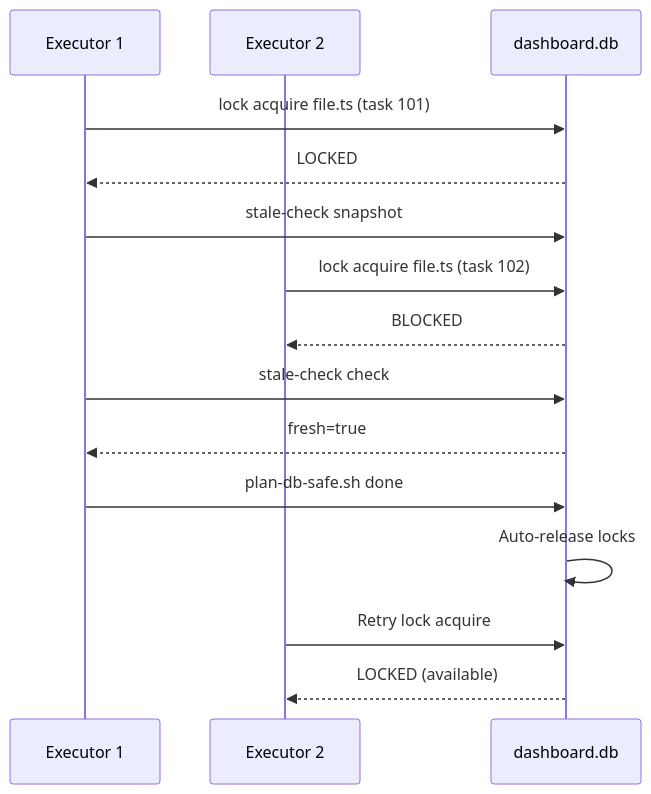
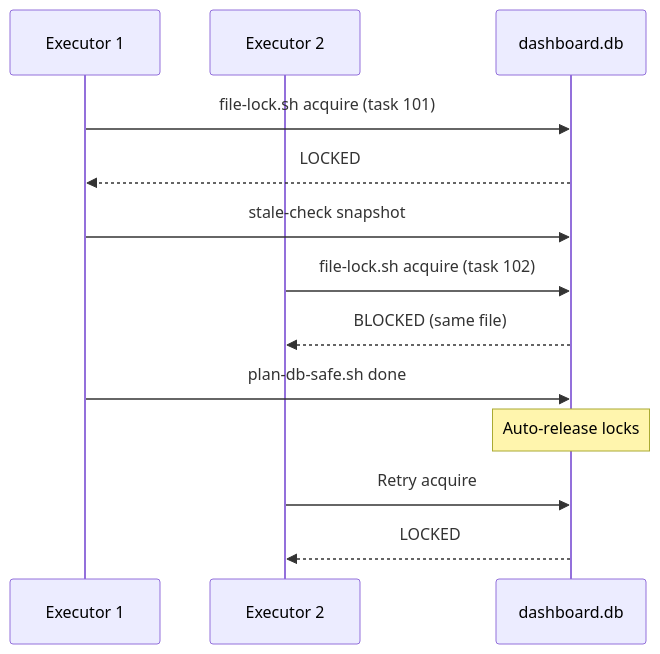
The sixth of 6 diagrams in README.md (Roberdan/MyConvergio), drawn with Mermaid before and after one commit. The commit also changed other lines of this file and 5 other files, not shown here.

First line of the commit message:
feat: batch merge flow end-to-end + README v3.0 with mermaid diagrams

````diff
--- a/README.md
+++ b/README.md
@@ -171,17 +233,15 @@
 ```mermaid
 sequenceDiagram
     participant E1 as Executor 1
     participant E2 as Executor 2
     participant DB as dashboard.db
-    E1->>DB: lock acquire file.ts (task 101)
+    E1->>DB: file-lock.sh acquire (task 101)
     DB-->>E1: LOCKED
     E1->>DB: stale-check snapshot
-    E2->>DB: lock acquire file.ts (task 102)
-    DB-->>E2: BLOCKED
-    E1->>DB: stale-check check
-    DB-->>E1: fresh=true
+    E2->>DB: file-lock.sh acquire (task 102)
+    DB-->>E2: BLOCKED (same file)
     E1->>DB: plan-db-safe.sh done
-    DB->>DB: Auto-release locks
-    E2->>DB: Retry lock acquire
-    DB-->>E2: LOCKED (available)
+    Note over DB: Auto-release locks
+    E2->>DB: Retry acquire
+    DB-->>E2: LOCKED
 ```
````
